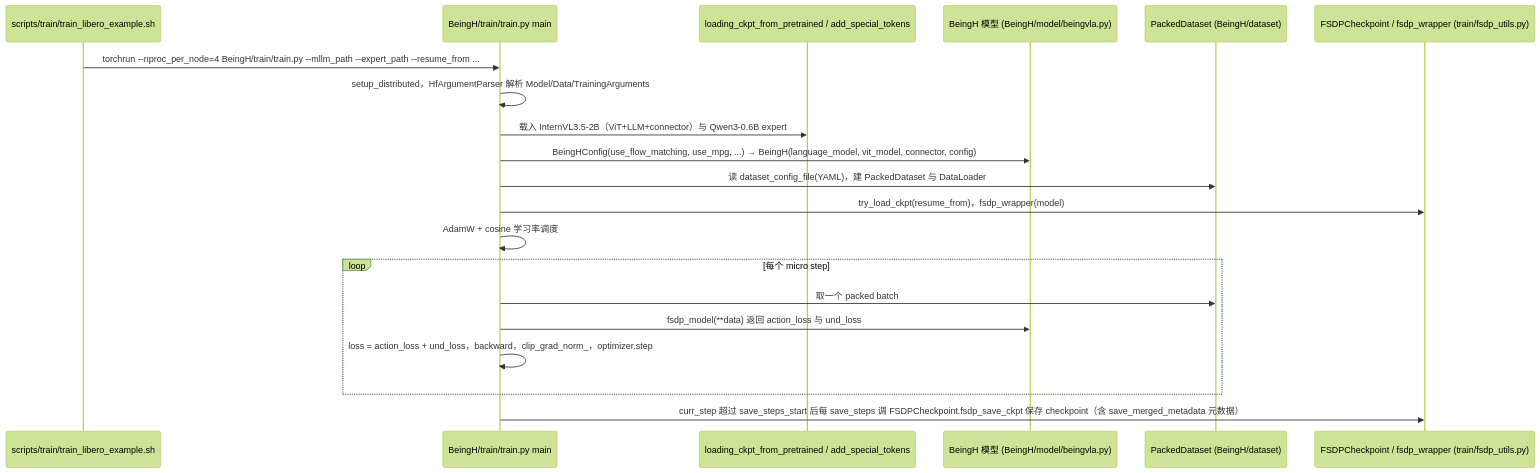
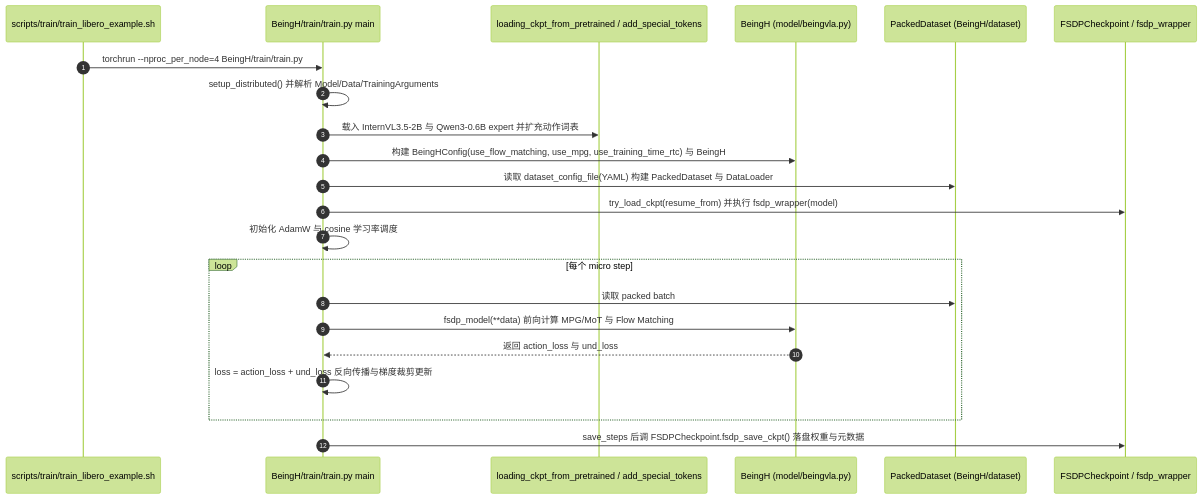
The second of 3 diagrams in wiki/entities/cn-os-being-h.md (ImChong/Robotics_Notebooks), drawn with Mermaid (forest theme) before and after one commit. The commit also changed other lines of this file and 151 other files, not shown here.

````diff
--- a/wiki/entities/cn-os-being-h.md
+++ b/wiki/entities/cn-os-being-h.md
@@ -65,23 +81,25 @@
 ```mermaid
 sequenceDiagram
+    autonumber
     participant SH as scripts/train/train_libero_example.sh
     participant TR as BeingH/train/train.py main
     participant LD as loading_ckpt_from_pretrained / add_special_tokens
-    participant M as BeingH 模型 (BeingH/model/beingvla.py)
+    participant M as BeingH (model/beingvla.py)
     participant DS as PackedDataset (BeingH/dataset)
-    participant FS as FSDPCheckpoint / fsdp_wrapper (train/fsdp_utils.py)
+    participant FS as FSDPCheckpoint / fsdp_wrapper
 
-    SH->>TR: torchrun --nproc_per_node=4 BeingH/train/train.py --mllm_path --expert_path --resume_from ...
-    TR->>TR: setup_distributed，HfArgumentParser 解析 Model/Data/TrainingArguments
-    TR->>LD: 载入 InternVL3.5-2B（ViT+LLM+connector）与 Qwen3-0.6B expert
-    TR->>M: BeingHConfig(use_flow_matching, use_mpg, ...) → BeingH(language_model, vit_model, connector, config)
-    TR->>DS: 读 dataset_config_file(YAML)，建 PackedDataset 与 DataLoader
-    TR->>FS: try_load_ckpt(resume_from)，fsdp_wrapper(model)
-    TR->>TR: AdamW + cosine 学习率调度
+    SH->>TR: torchrun --nproc_per_node=4 BeingH/train/train.py
+    TR->>TR: setup_distributed() 并解析 Model/Data/TrainingArguments
+    TR->>LD: 载入 InternVL3.5-2B 与 Qwen3-0.6B expert 并扩充动作词表
+    TR->>M: 构建 BeingHConfig(use_flow_matching, use_mpg, use_training_time_rtc) 与 BeingH
+    TR->>DS: 读取 dataset_config_file(YAML) 构建 PackedDataset 与 DataLoader
+    TR->>FS: try_load_ckpt(resume_from) 并执行 fsdp_wrapper(model)
+    TR->>TR: 初始化 AdamW 与 cosine 学习率调度
     loop 每个 micro step
-        TR->>DS: 取一个 packed batch
-        TR->>M: fsdp_model(**data) 返回 action_loss 与 und_loss
-        TR->>TR: loss = action_loss + und_loss，backward，clip_grad_norm_，optimizer.step
+        TR->>DS: 读取 packed batch
+        TR->>M: fsdp_model(**data) 前向计算 MPG/MoT 与 Flow Matching
+        M-->>TR: 返回 action_loss 与 und_loss
+        TR->>TR: loss = action_loss + und_loss 反向传播与梯度裁剪更新
     end
-    TR->>FS: curr_step 超过 save_steps_start 后每 save_steps 调 FSDPCheckpoint.fsdp_save_ckpt 保存 checkpoint（含 save_merged_metadata 元数据）
+    TR->>FS: save_steps 后调 FSDPCheckpoint.fsdp_save_ckpt() 落盘权重与元数据
 ```
````
